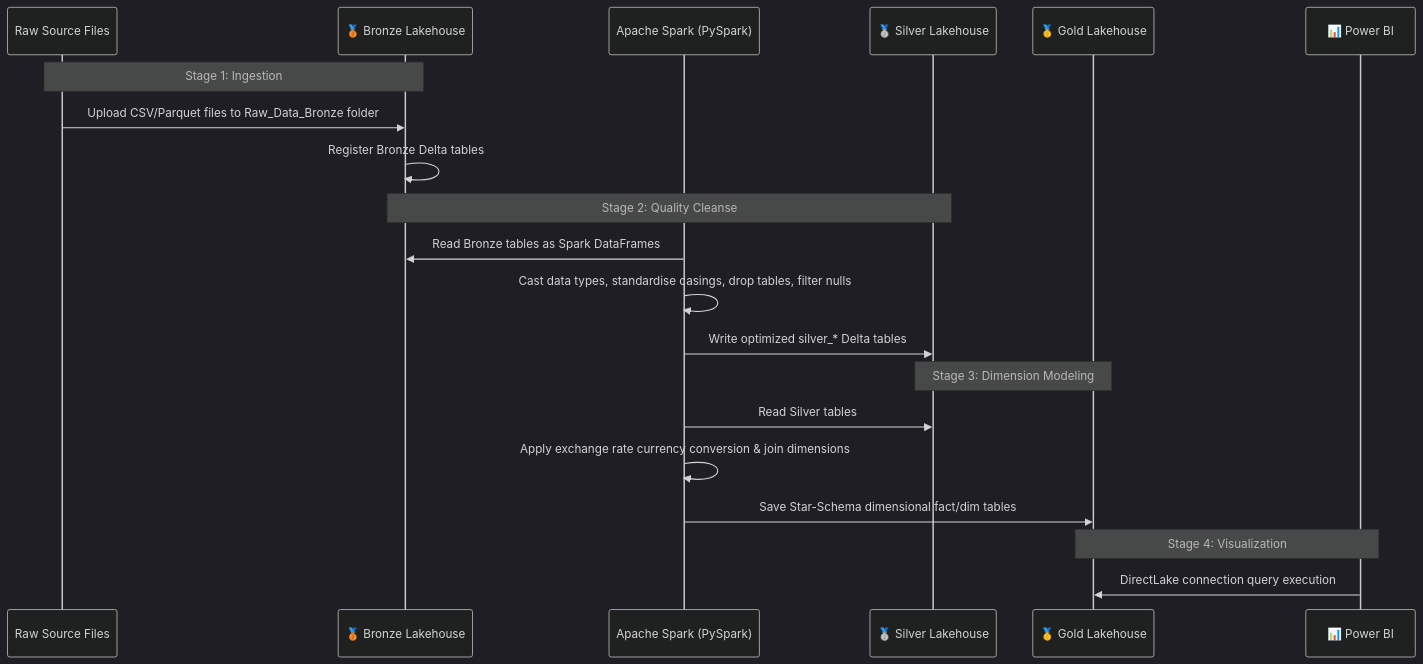
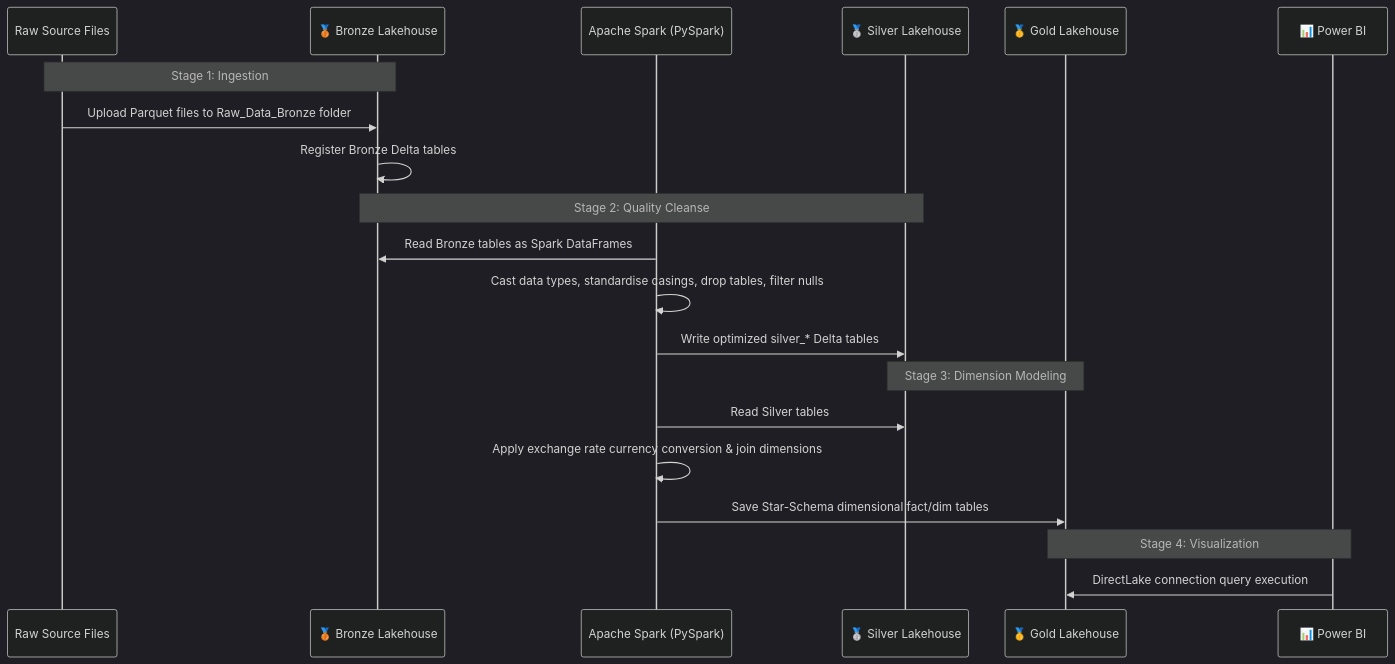
One commit to Arafat3-DA/retail-analytics-fabric-project changed the second of 2 diagrams in docs/architecture.md. Above: the diagram before and after it, drawn with Mermaid (dark theme). The commit also changed other lines of this file and 2 other files, not shown here.

Commit message:
docs: add architectural overview and data dictionary documentation

````diff
--- a/docs/architecture.md
+++ b/docs/architecture.md
@@ -101,26 +101,26 @@
 ```mermaid
 sequenceDiagram
     participant Raw as Raw Source Files
     participant Bronze as 🥉 Bronze Lakehouse
     participant Spark as Apache Spark (PySpark)
     participant Silver as 🥈 Silver Lakehouse
     participant Gold as 🥇 Gold Lakehouse
     participant PBI as 📊 Power BI
 
     Note over Raw, Bronze: Stage 1: Ingestion
-    Raw->>Bronze: Upload CSV/Parquet files to Raw_Data_Bronze folder
+    Raw->>Bronze: Upload Parquet files to Raw_Data_Bronze folder
     Bronze->>Bronze: Register Bronze Delta tables
 
     Note over Bronze, Silver: Stage 2: Quality Cleanse
     Spark->>Bronze: Read Bronze tables as Spark DataFrames
     Spark->>Spark: Cast data types, standardise casings, drop tables, filter nulls
     Spark->>Silver: Write optimized silver_* Delta tables
 
     Note over Silver, Gold: Stage 3: Dimension Modeling
     Spark->>Silver: Read Silver tables
     Spark->>Spark: Apply exchange rate currency conversion & join dimensions
     Spark->>Gold: Save Star-Schema dimensional fact/dim tables
 
     Note over Gold, PBI: Stage 4: Visualization
     PBI->>Gold: DirectLake connection query execution
 ```
````
